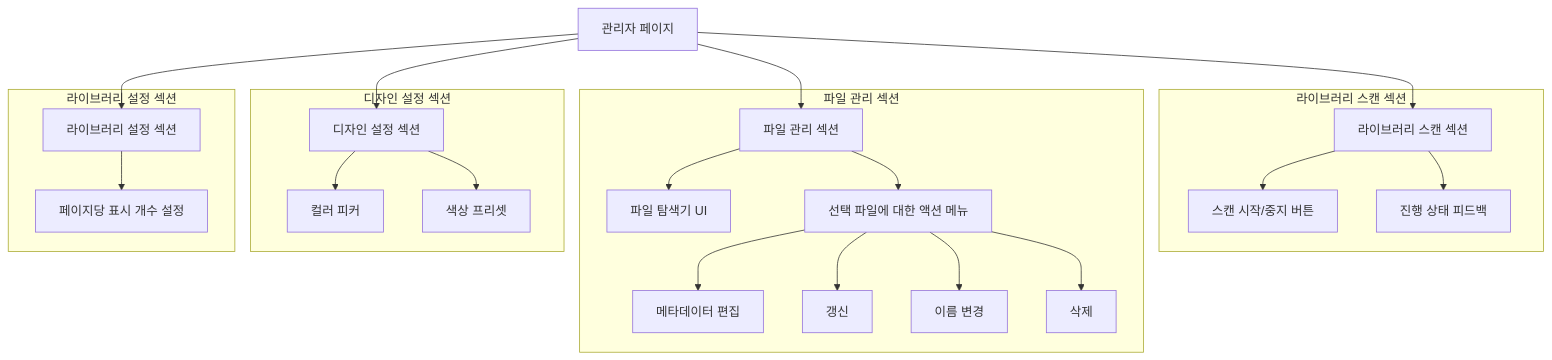
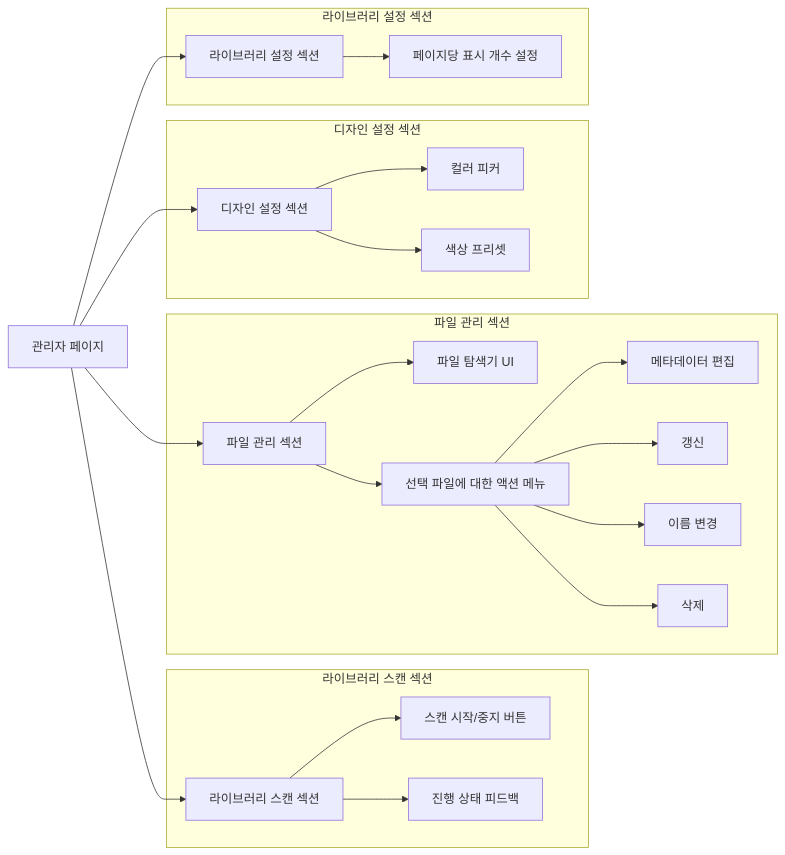
One commit to oudeis01/myLibrary changed the fifth of 5 diagrams in frontend-vite/design/APP_DESIGN_GUIDE.md. Above: the diagram before and after it, drawn with Mermaid. The commit also changed 1 other file, not shown here.

Commit message:
docs: Add English design guide and improve diagram readability

````diff
--- a/frontend-vite/design/APP_DESIGN_GUIDE.md
+++ b/frontend-vite/design/APP_DESIGN_GUIDE.md
@@ -110,31 +110,31 @@
 ```mermaid
-graph TD
+graph LR
     A[관리자 페이지]
 
     A --> B[라이브러리 스캔 섹션]
     subgraph 라이브러리 스캔 섹션
         B --> B1[스캔 시작/중지 버튼]
         B --> B2[진행 상태 피드백]
     end
 
     A --> C[파일 관리 섹션]
     subgraph 파일 관리 섹션
         C --> C1[파일 탐색기 UI]
         C --> C2[선택 파일에 대한 액션 메뉴]
         C2 --> C2a[메타데이터 편집]
         C2 --> C2b[갱신]
         C2 --> C2c[이름 변경]
         C2 --> C2d[삭제]
     end
 
     A --> D[디자인 설정 섹션]
     subgraph 디자인 설정 섹션
         D --> D1[컬러 피커]
         D --> D2[색상 프리셋]
     end
 
     A --> E[라이브러리 설정 섹션]
     subgraph 라이브러리 설정 섹션
         E --> E1[페이지당 표시 개수 설정]
     end
 ```
````
